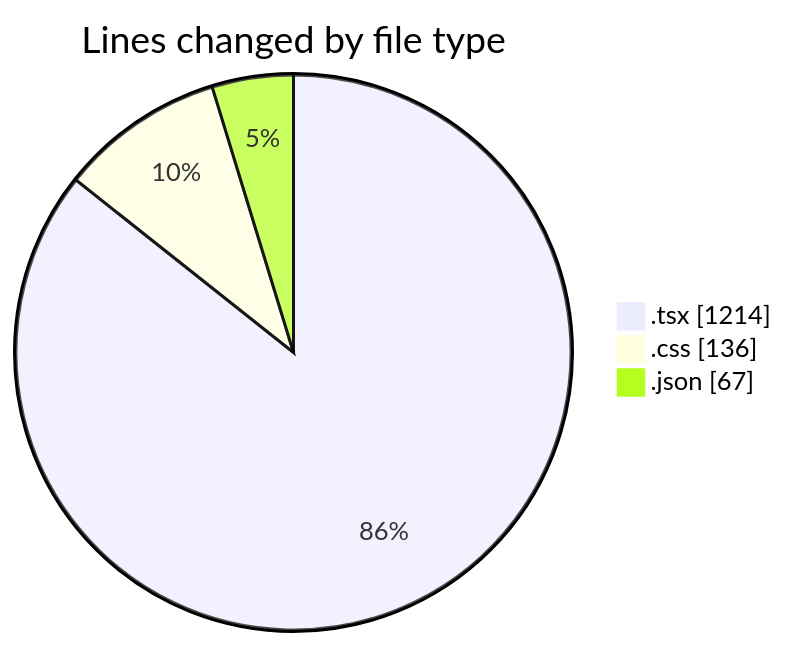
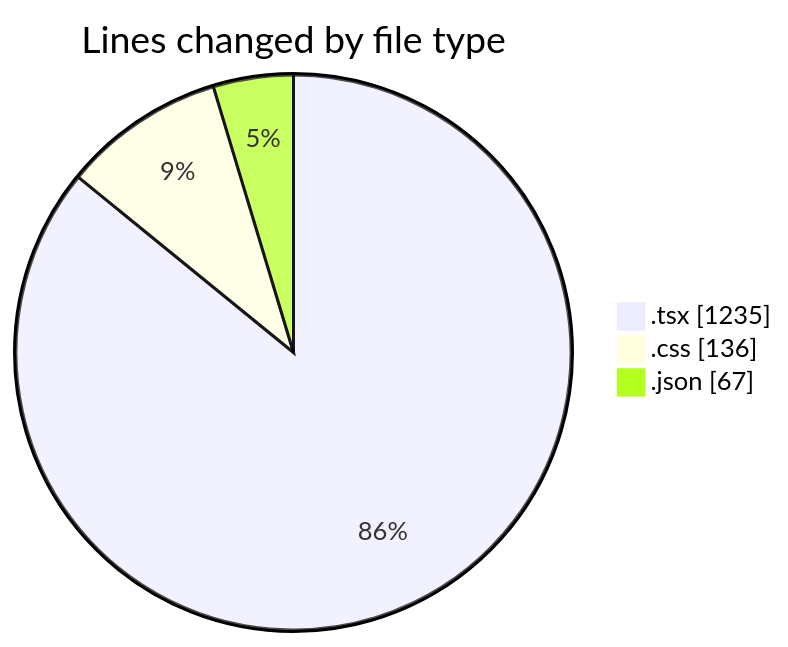
The first of 2 diagrams in 2025-01-08/mbc-web/README.md (robertbonfada/code-tracking), drawn with Mermaid before and after one commit. The commit also changed other lines of this file and 1 other file, not shown here.

````diff
--- a/2025-01-08/mbc-web/README.md
+++ b/2025-01-08/mbc-web/README.md
@@ -33,7 +33,7 @@
 ```mermaid
 pie showData
 title Lines changed by file type
-".tsx" : 1214
+".tsx" : 1235
 ".css" : 136
 ".json" : 67
 ```
````
